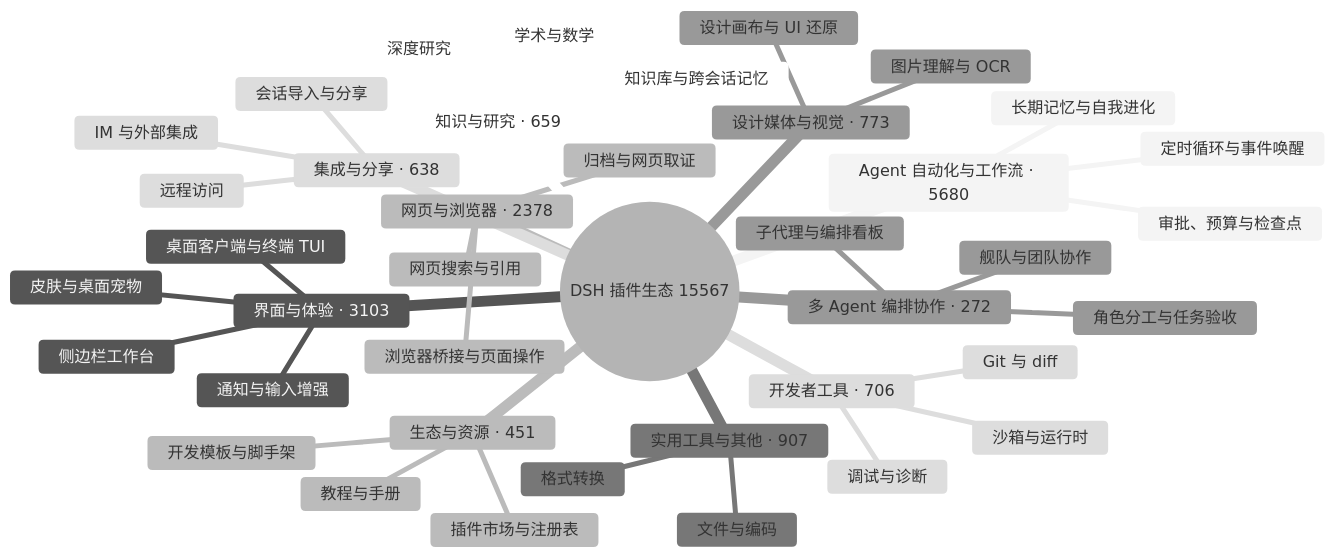
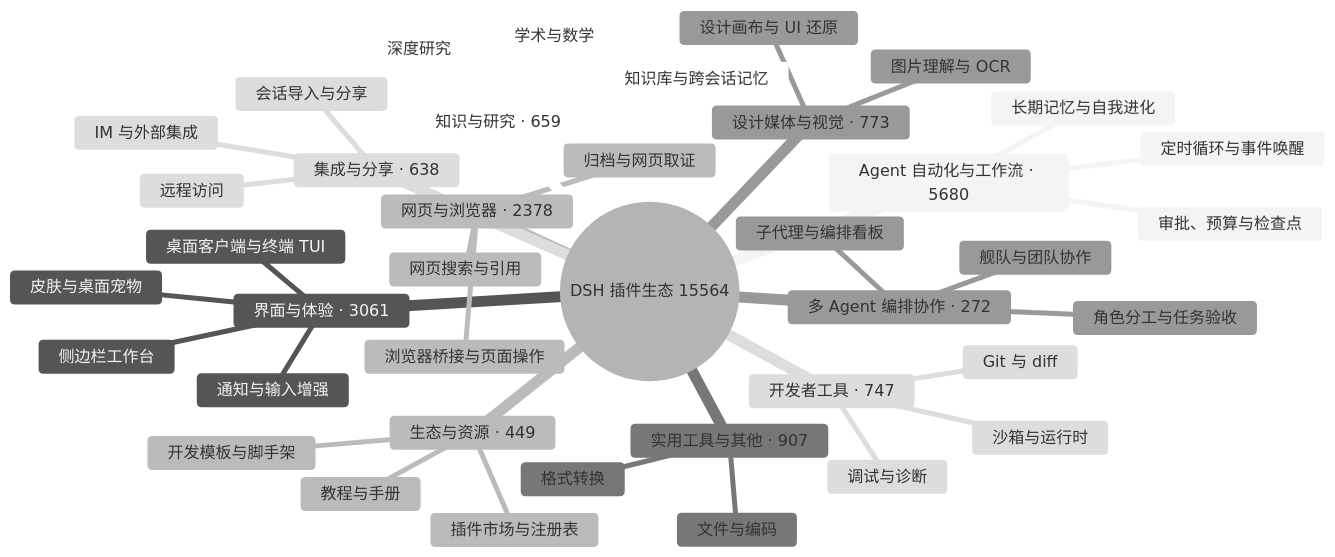
One commit to bruc3van/awesome-dsh-plugin changed the diagram in README.md. Above: the diagram before and after it, drawn with Mermaid (neutral theme). The commit also changed other lines of this file and 17 other files, not shown here.

````diff
--- a/README.md
+++ b/README.md
@@ -16,43 +16,43 @@
 ```mermaid
 mindmap
-  root((DSH 插件生态 15567))
+  root((DSH 插件生态 15564))
     Agent 自动化与工作流 · 5680
       定时循环与事件唤醒
       长期记忆与自我进化
       审批、预算与检查点
-    界面与体验 · 3103
+    界面与体验 · 3061
       桌面客户端与终端 TUI
       侧边栏工作台
       皮肤与桌面宠物
       通知与输入增强
     网页与浏览器 · 2378
       浏览器桥接与页面操作
       网页搜索与引用
       归档与网页取证
     实用工具与其他 · 907
       文件与编码
       格式转换
     设计媒体与视觉 · 773
       图片理解与 OCR
       设计画布与 UI 还原
-    开发者工具 · 706
+    开发者工具 · 747
       Git 与 diff
       沙箱与运行时
       调试与诊断
     知识与研究 · 659
       知识库与跨会话记忆
       深度研究
       学术与数学
     集成与分享 · 638
       会话导入与分享
       远程访问
       IM 与外部集成
-    生态与资源 · 451
+    生态与资源 · 449
       插件市场与注册表
       开发模板与脚手架
       教程与手册
     多 Agent 编排协作 · 272
       子代理与编排看板
       舰队与团队协作
       角色分工与任务验收
 ```
````
